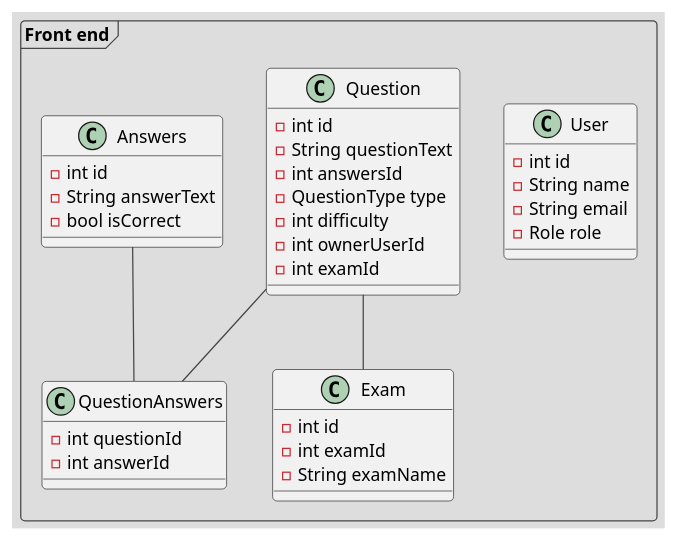
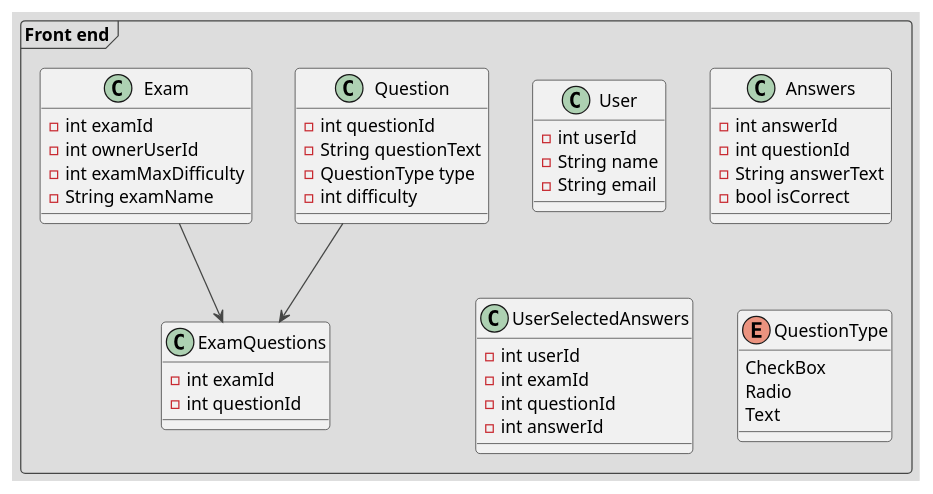
The diagram in uml_plan.puml (IGabrielIli/OnlineAssessment-Gr3), drawn with PlantUML before and after one commit. The commit also changed 3 other files, not shown here.

Commit message:
prototype website and uml

```diff
--- a/uml_plan.puml
+++ b/uml_plan.puml
@@ -1,37 +1,45 @@
 @startuml ADOPSE_uml
 !theme toy
 frame "Front end" {
   class User {
-    -int id
+    -int userId
     -String name
     -String email
-    -Role role
   }
   class Question {
-    -int id
+    -int questionId
     -String questionText
-    -int answersId
     -QuestionType type
     -int difficulty
-    -int ownerUserId
-    -int examId
   }
   class Exam {
-    -int id
     -int examId
+    -int ownerUserId
+    -int examMaxDifficulty
     -String examName
   }
+  class ExamQuestions {
+    -int examId
+    -int questionId
+  }
   class Answers {
-    -int id
+    -int answerId
+    -int questionId
     -String answerText
     -bool isCorrect
   }
-  class QuestionAnswers {
+  class UserSelectedAnswers {
+    -int userId
+    -int examId
     -int questionId
     -int answerId
   }
-  Answers -- QuestionAnswers
-  Question -- QuestionAnswers
-  Question -- Exam
+  Exam --> ExamQuestions
+  Question --> ExamQuestions
+  enum QuestionType {
+    CheckBox
+    Radio
+    Text
+  }
 }
 @enduml
```
